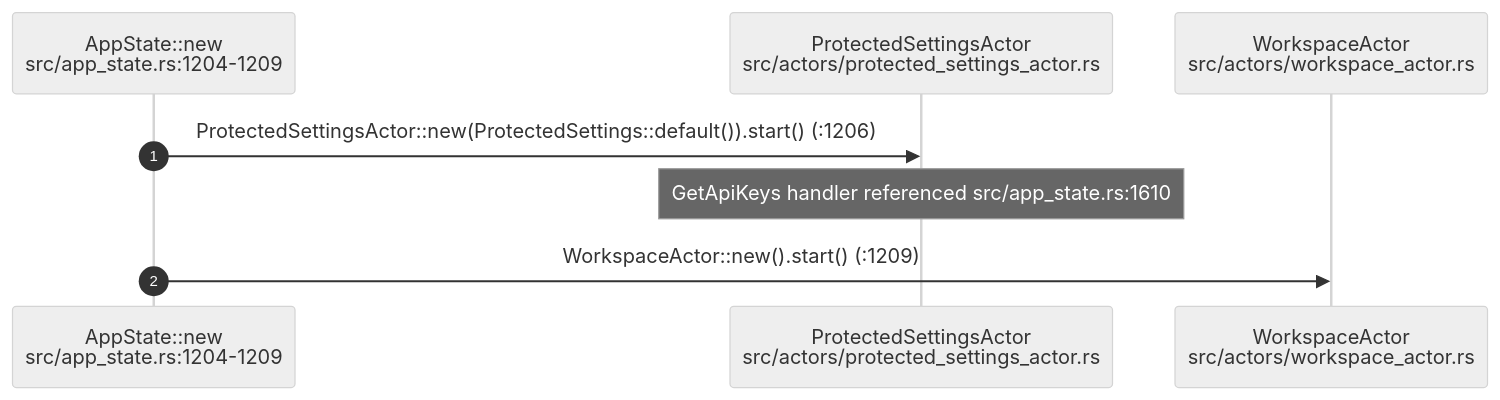
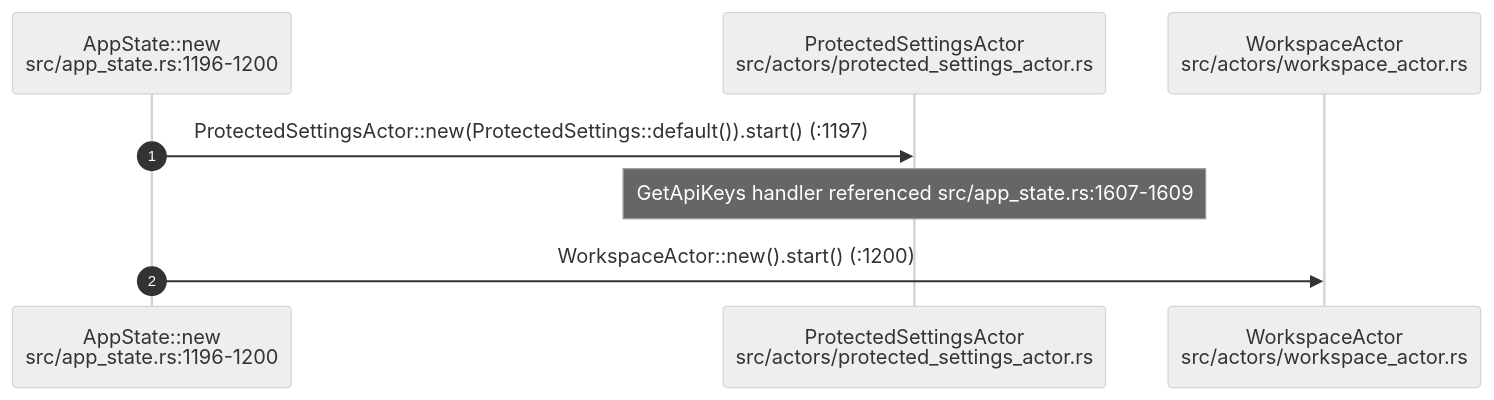
One commit to DreamLab-AI/AR-AI-Knowledge-Graph changed diagram 16 of 20 in docs/diagrams/visionclaw/02-actor-supervision.md. Above: the diagram before and after it, drawn with Mermaid (neutral theme). The commit also changed other lines of this file and 172 other files, not shown here.

````diff
--- a/docs/diagrams/visionclaw/02-actor-supervision.md
+++ b/docs/diagrams/visionclaw/02-actor-supervision.md
@@ -531,11 +521,11 @@
 ```mermaid
 sequenceDiagram
     autonumber
-    participant APP as AppState::new<br/>src/app_state.rs:1204-1209
+    participant APP as AppState::new<br/>src/app_state.rs:1196-1200
     participant PS as ProtectedSettingsActor<br/>src/actors/protected_settings_actor.rs
     participant WS as WorkspaceActor<br/>src/actors/workspace_actor.rs
 
-    APP->>PS: ProtectedSettingsActor::new(ProtectedSettings::default()).start() (:1206)
-    Note over PS: GetApiKeys handler referenced src/app_state.rs:1610
-    APP->>WS: WorkspaceActor::new().start() (:1209)
+    APP->>PS: ProtectedSettingsActor::new(ProtectedSettings::default()).start() (:1197)
+    Note over PS: GetApiKeys handler referenced src/app_state.rs:1607-1609
+    APP->>WS: WorkspaceActor::new().start() (:1200)
 ```
````
